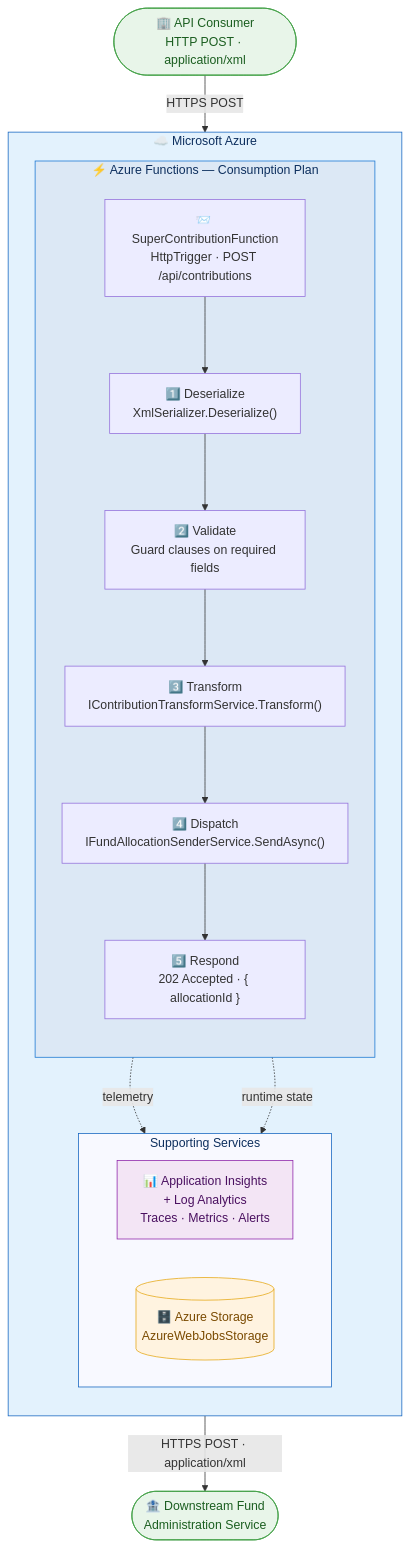
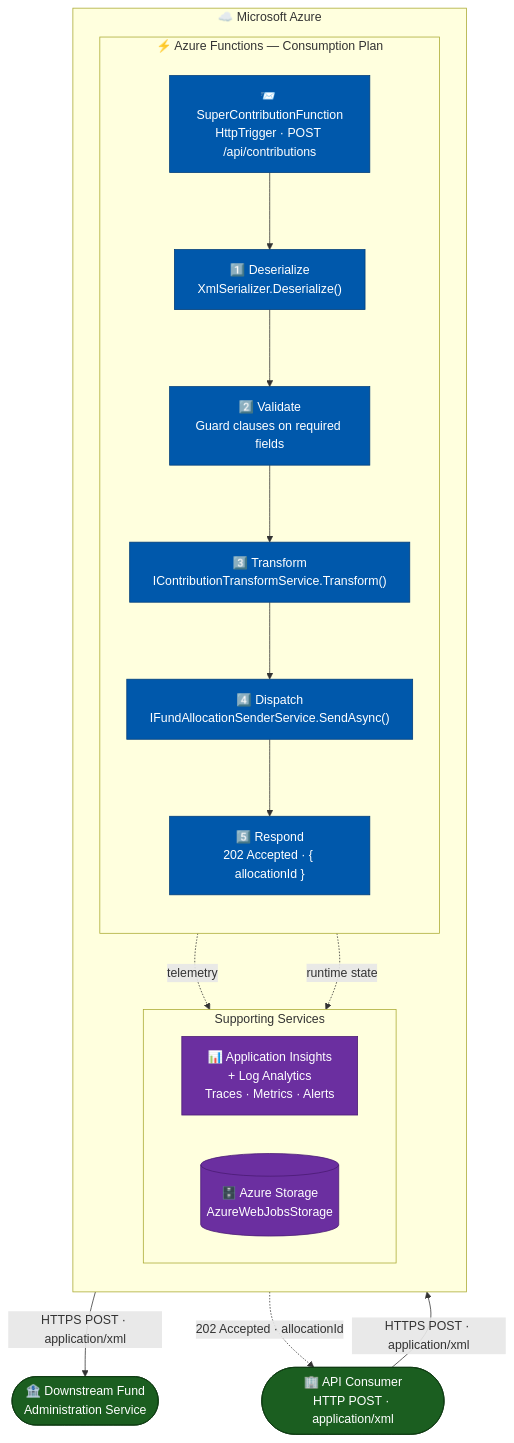
One commit to qkfang/ghc-demo-biztalk-migration changed the second of 2 diagrams in docs/20-future-state-architecture.md. Above: the diagram before and after it, drawn with Mermaid. The commit also changed other lines of this file and 1 other file, not shown here.

````diff
--- a/docs/20-future-state-architecture.md
+++ b/docs/20-future-state-architecture.md
@@ -71,38 +73,39 @@
 ```mermaid
 flowchart TB
-    CLIENT(["🏢 API Consumer\nHTTP POST · application/xml"])
+    CLIENT(["🏢 API Consumer<br/>HTTP POST · application/xml"])
 
     subgraph AZURE["☁️ Microsoft Azure"]
         direction TB
         subgraph FUNC["⚡ Azure Functions — Consumption Plan"]
             direction TB
-            FN["📨 SuperContributionFunction\nHttpTrigger · POST /api/contributions"]
-            DESER["1️⃣ Deserialize\nXmlSerializer.Deserialize()"]
-            VALID["2️⃣ Validate\nGuard clauses on required fields"]
-            TRANS["3️⃣ Transform\nIContributionTransformService.Transform()"]
-            SEND["4️⃣ Dispatch\nIFundAllocationSenderService.SendAsync()"]
-            RESP["5️⃣ Respond\n202 Accepted · { allocationId }"]
+            FN["📨 SuperContributionFunction<br/>HttpTrigger · POST /api/contributions"]
+            DESER["1️⃣ Deserialize<br/>XmlSerializer.Deserialize()"]
+            VALID["2️⃣ Validate<br/>Guard clauses on required fields"]
+            TRANS["3️⃣ Transform<br/>IContributionTransformService.Transform()"]
+            SEND["4️⃣ Dispatch<br/>IFundAllocationSenderService.SendAsync()"]
+            RESP["5️⃣ Respond<br/>202 Accepted · { allocationId }"]
             FN --> DESER --> VALID --> TRANS --> SEND --> RESP
         end
         subgraph SUPPORT["Supporting Services"]
             direction LR
-            AI["📊 Application Insights\n+ Log Analytics\nTraces · Metrics · Alerts"]
-            STORE[("🗄️ Azure Storage\nAzureWebJobsStorage")]
+            AI["📊 Application Insights<br/>+ Log Analytics<br/>Traces · Metrics · Alerts"]
+            STORE[("🗄️ Azure Storage<br/>AzureWebJobsStorage")]
         end
     end
 
-    DS(["🏦 Downstream Fund\nAdministration Service"])
+    DS(["🏦 Downstream Fund<br/>Administration Service"])
 
-    CLIENT -->|"HTTPS POST"| FN
+    CLIENT -->|"HTTPS POST · application/xml"| FN
+    SEND -->|"HTTPS POST · application/xml"| DS
+    RESP -. "202 Accepted · allocationId" .-> CLIENT
     FUNC -.->|telemetry| AI
-    FUNC -.->|runtime state| STORE
-    SEND -->|"HTTPS POST · application/xml"| DS
+    FUNC -.->|"runtime state"| STORE
 
-    style AZURE fill:#e3f2fd,stroke:#1565c0,color:#0d2f5e
-    style FUNC fill:#dce8f5,stroke:#1976d2,color:#0d2f5e
-    style SUPPORT fill:#f8f9ff,stroke:#1565c0,color:#0d2f5e
-    style AI fill:#f3e5f5,stroke:#8e24aa,color:#4a1060
-    style STORE fill:#fff3e0,stroke:#e6a817,color:#7a4a00
-    style CLIENT fill:#e8f5e9,stroke:#43a047,color:#1b5e20
-    style DS fill:#e8f5e9,stroke:#43a047,color:#1b5e20
+    classDef fn fill:#0058AB,stroke:#003D7A,color:#ffffff
+    classDef support fill:#6B2FA0,stroke:#4A1B73,color:#ffffff
+    classDef ext fill:#1B5E20,stroke:#0D3A11,color:#ffffff
+
+    class FN,DESER,VALID,TRANS,SEND,RESP fn
+    class AI,STORE support
+    class CLIENT,DS ext
 ```
````
